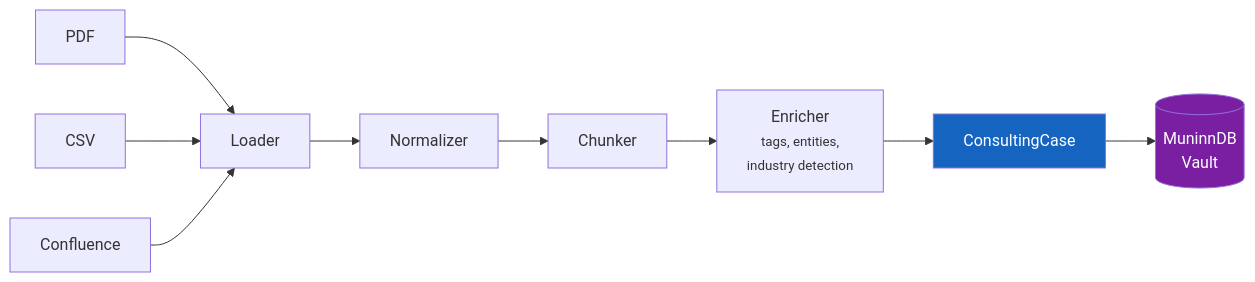
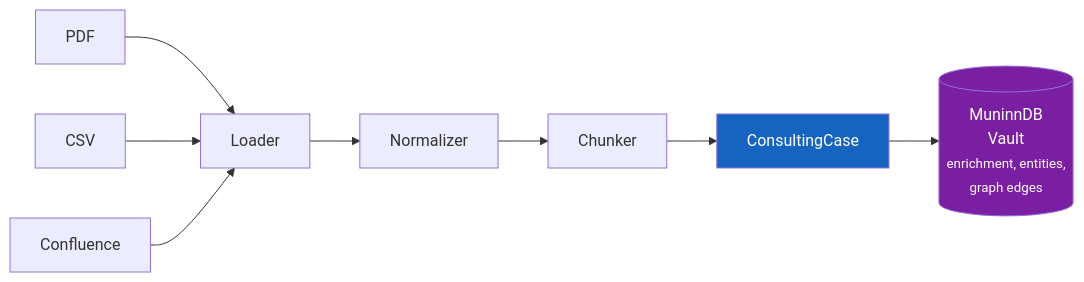
One commit to KhaledAwashreh/Dalil changed the second of 3 diagrams in README.md. Above: the diagram before and after it, drawn with Mermaid. The commit also changed other lines of this file and 28 other files, not shown here.

````diff
--- a/README.md
+++ b/README.md
@@ -67,15 +66,14 @@
 ```mermaid
 flowchart LR
     PDF[PDF] --> L[Loader]
     CSV_F[CSV] --> L
     CONF[Confluence] --> L
 
     L --> N[Normalizer]
     N --> CH[Chunker]
-    CH --> EN[Enricher<br><small>tags, entities,<br>industry detection</small>]
-    EN --> CASE[ConsultingCase]
-    CASE --> MB[(MuninnDB<br>Vault)]
+    CH --> CASE[ConsultingCase]
+    CASE --> MB[(MuninnDB<br>Vault<br><small>enrichment, entities,<br>graph edges</small>)]
 
     style MB fill:#7b1fa2,color:#fff
     style CASE fill:#1565c0,color:#fff
 ```
````
